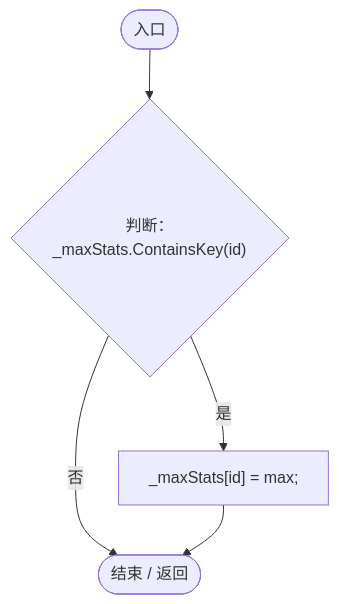
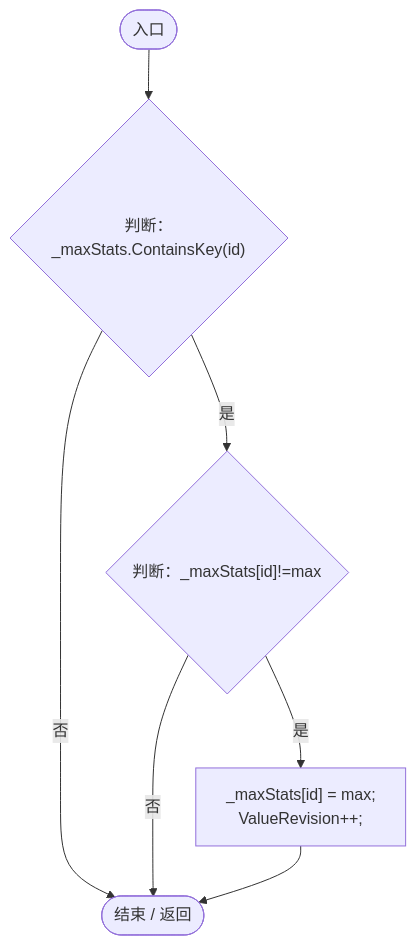
Diagram 15 of 18 in Docs/运行流程图/脚本/75aa86a368efdf24.md (xhs6666/Darwin_paradise), drawn with Mermaid before and after one commit. The commit also changed other lines of this file and 297 other files, not shown here.

````diff
--- a/Docs/运行流程图/脚本/75aa86a368efdf24.md
+++ b/Docs/运行流程图/脚本/75aa86a368efdf24.md
@@ -536,12 +586,15 @@
 ```mermaid
 flowchart TD
   b0(["入口"])
   b1{"判断：_maxStats.ContainsKey(id)"}
-  b2["_maxStats[id] = max;"]
-  b3(["结束 / 返回"])
+  b2{"判断：_maxStats[id]!=max"}
+  b3["_maxStats[id] = max;<br/>ValueRevision++;"]
+  b4(["结束 / 返回"])
   b0 --> b1
   b1 -->|"是"| b2
-  b1 -->|"否"| b3
-  b2 --> b3
+  b1 -->|"否"| b4
+  b2 -->|"是"| b3
+  b2 -->|"否"| b4
+  b3 --> b4
 
 ```
````
